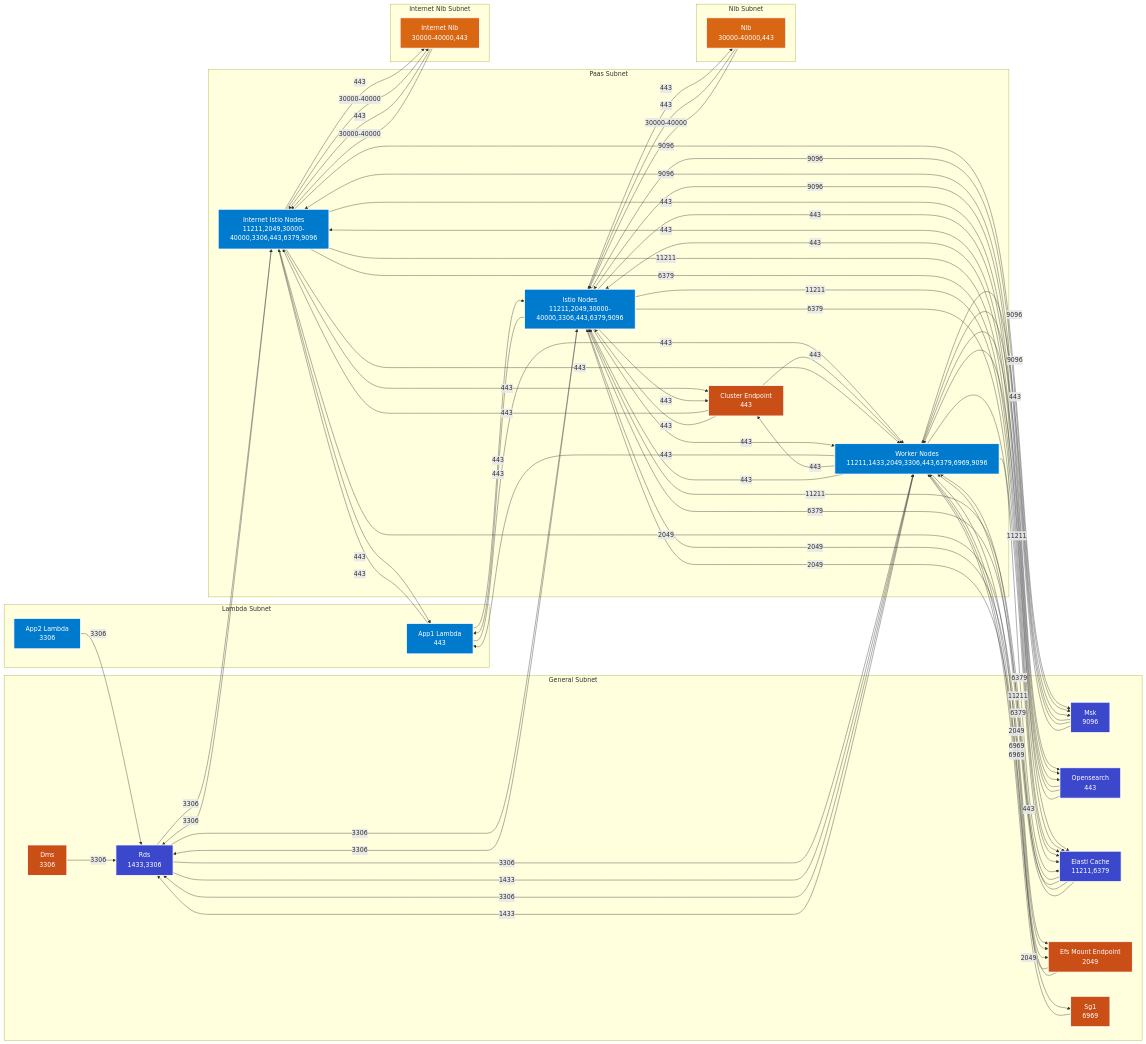
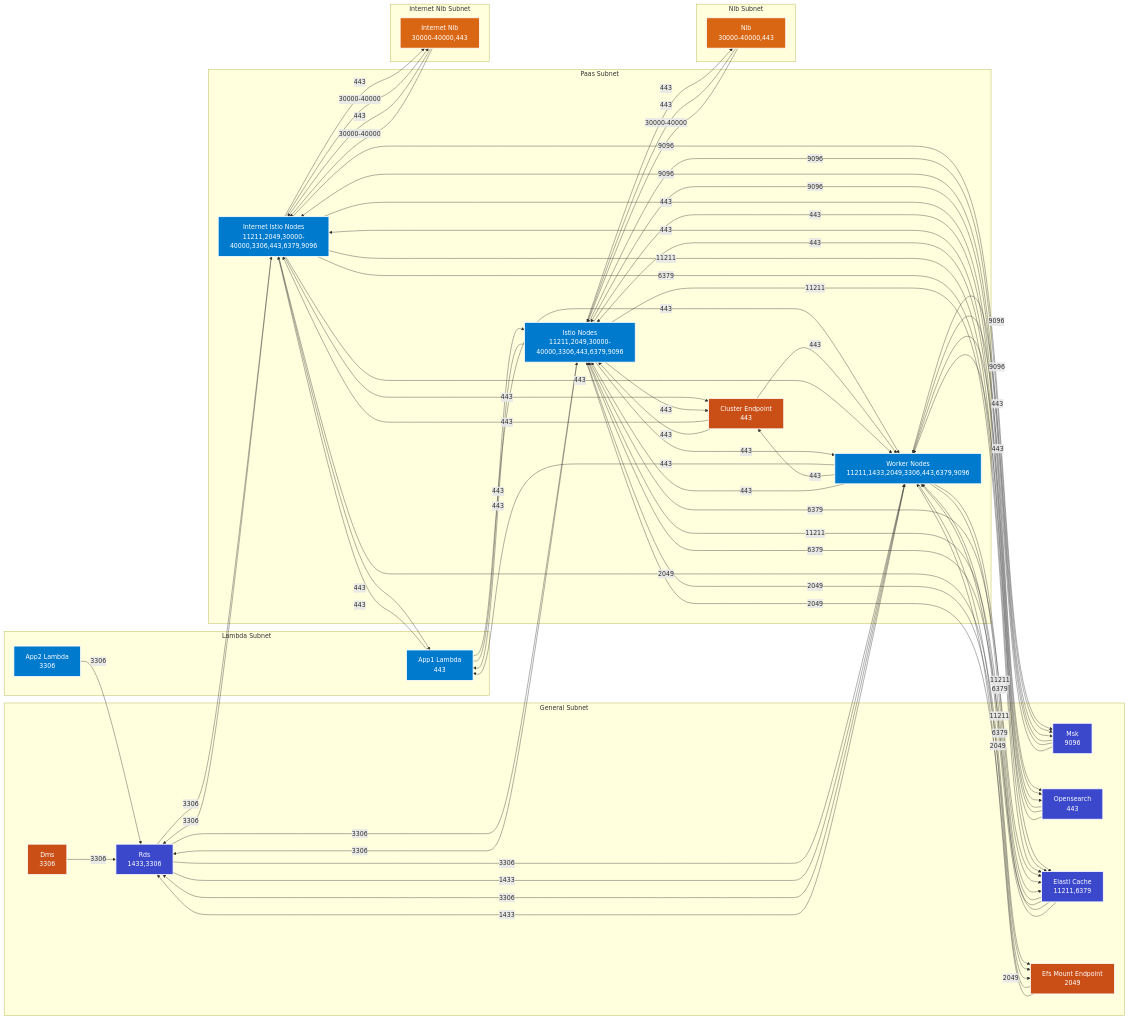
The diagram in README.MD (drewpypro/terraform-aws-sg-module-template), drawn with Mermaid before and after one commit. The commit also changed other lines of this file and 4 other files, not shown here.

````diff
--- a/README.MD
+++ b/README.MD
@@ -91,14 +120,13 @@
         elasti_cache[Elasti Cache<br>11211,6379]
         efs_mount_endpoint[Efs Mount Endpoint<br>2049]
         dms[Dms<br>3306]
-        sg1[Sg1<br>6969]
     end
 
     %% Paas Subnet
     subgraph paas_subnet [Paas Subnet]
         istio_nodes[Istio Nodes<br>11211,2049,30000-40000,3306,443,6379,9096]
         internet_istio_nodes[Internet Istio Nodes<br>11211,2049,30000-40000,3306,443,6379,9096]
-        worker_nodes[Worker Nodes<br>11211,1433,2049,3306,443,6379,6969,9096]
+        worker_nodes[Worker Nodes<br>11211,1433,2049,3306,443,6379,9096]
         cluster_endpoint[Cluster Endpoint<br>443]
     end
 
@@ -178,12 +206,10 @@
     worker_nodes --> |3306| rds
     worker_nodes --> |1433| rds
     rds --> |1433| worker_nodes
-    sg1 --> |6969| worker_nodes
-    worker_nodes --> |6969| sg1
 
     %% Apply styles
     class internet_nlb,nlb lb
     class internet_istio_nodes,istio_nodes,worker_nodes,app1_lambda,app2_lambda nodes
     class rds,msk,opensearch,elasti_cache data
-    class cluster_endpoint,efs_mount_endpoint,dms,sg1 infra
+    class cluster_endpoint,efs_mount_endpoint,dms infra
 ```
````
